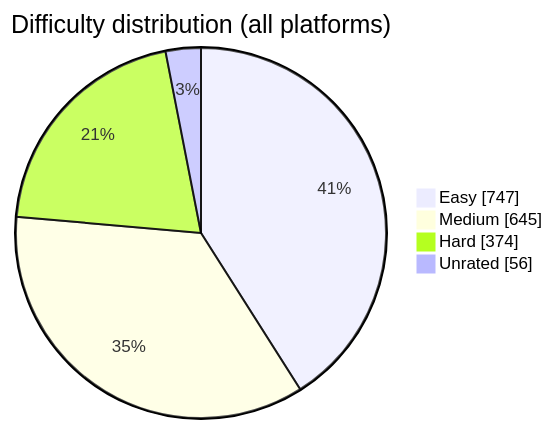
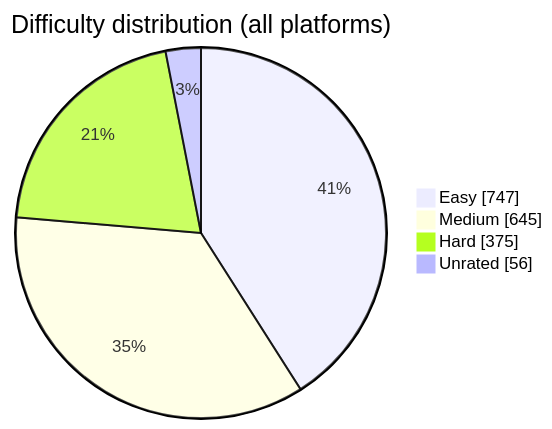
The diagram in README.md (BuildbyArindam/Daily-Coding-Log), drawn with Mermaid before and after one commit. The commit also changed other lines of this file, not shown here.

````diff
--- a/README.md
+++ b/README.md
@@ -108,7 +108,7 @@
 ```mermaid
 pie showData title Difficulty distribution (all platforms)
     "Easy" : 747
     "Medium" : 645
-    "Hard" : 374
+    "Hard" : 375
     "Unrated" : 56
 ```
````
